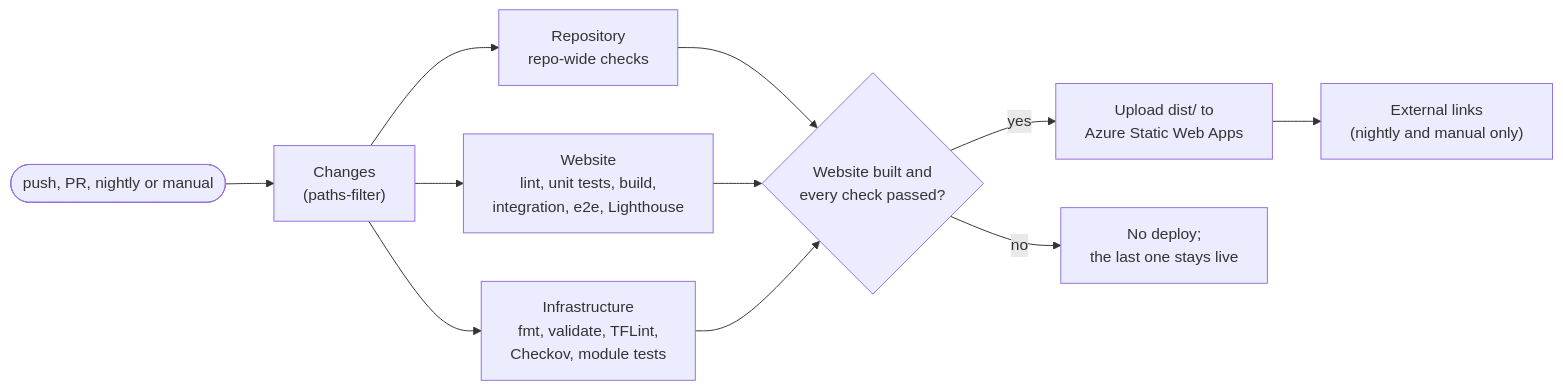
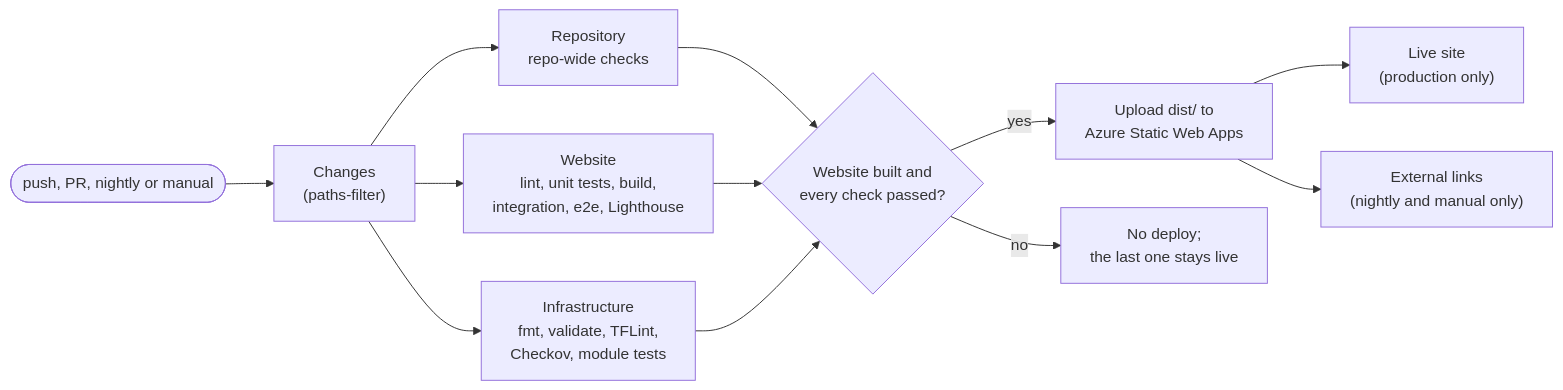
One commit to jimmykurian/personal-site changed the diagram in docs/deployment/overview.md. Above: the diagram before and after it, drawn with Mermaid. The commit also changed other lines of this file and 10 other files, not shown here.

First line of the commit message:
ci(swa): check the live site after each production deploy (#54)

````diff
--- a/docs/deployment/overview.md
+++ b/docs/deployment/overview.md
@@ -11,11 +11,12 @@
 ```mermaid
 flowchart LR
     trigger(["push, PR, nightly or manual"]) --> changes["Changes<br/>(paths-filter)"]
     changes --> repository["Repository<br/>repo-wide checks"]
     changes --> website["Website<br/>lint, unit tests, build,<br/>integration, e2e, Lighthouse"]
     changes --> infrastructure["Infrastructure<br/>fmt, validate, TFLint,<br/>Checkov, module tests"]
     repository & website & infrastructure --> deploy{"Website built and<br/>every check passed?"}
     deploy -- yes --> swa["Upload dist/ to<br/>Azure Static Web Apps"]
     deploy -- no --> keep["No deploy;<br/>the last one stays live"]
+    swa --> live["Live site<br/>(production only)"]
     swa --> links["External links<br/>(nightly and manual only)"]
 ```
````
